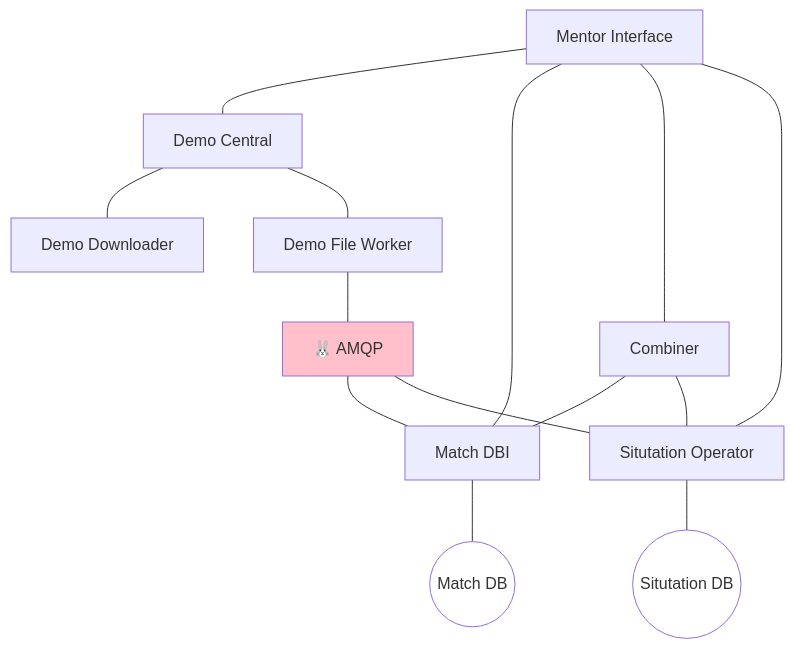
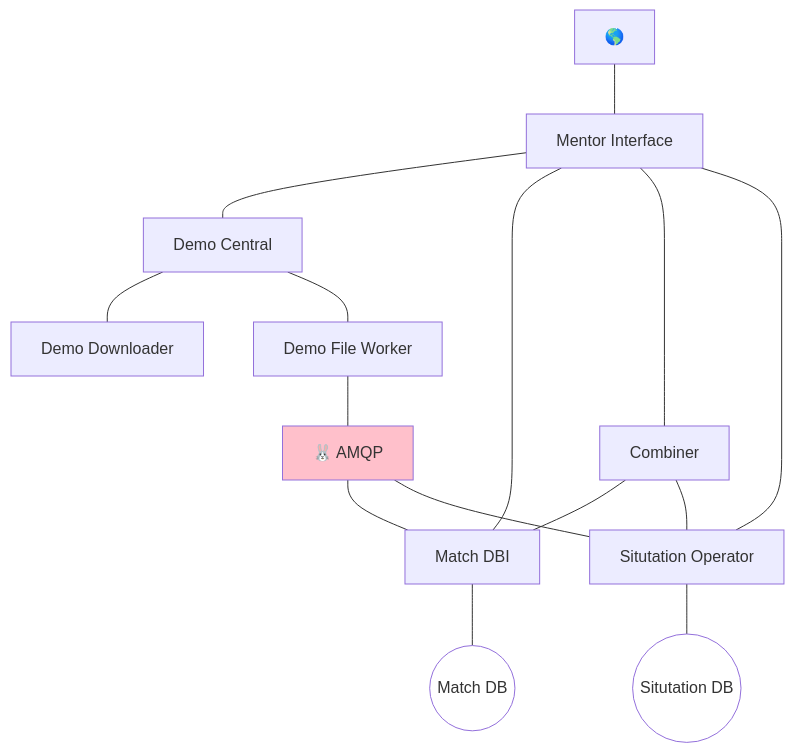
Before and after one commit to KieronKretschmar/MentorGG_ArchitectureDocumentation: the diagram in MentorEngine/README.md, drawn with Mermaid.

Commit message:
Add Internet to diagram

````diff
--- a/MentorEngine/README.md
+++ b/MentorEngine/README.md
@@ -26,23 +26,24 @@
 ```mermaid
 graph TD;
+    I["🌎"] --- MI
     MI[Mentor Interface] --- DC[Demo Central];
     DC --- DD[Demo Downloader];
     DC --- DFW[Demo File Worker];
     DFW --- RMQ["🐰 AMQP"];
     RMQ --- MDBI;
     RMQ --- SO;
     
 
     MI --- MDBI[Match DBI];
     MI --- C[Combiner];
     MI --- SO[Situtation Operator];
     C --- MDBI;
     C --- SO;
     SO --- SDB((Situtation DB))
     MDBI --- MDB((Match DB))
 
     classDef db fill:white;
     classDef queue fill:pink;
     class RMQ queue;
     class SDB,MDB db;
 ```
````
